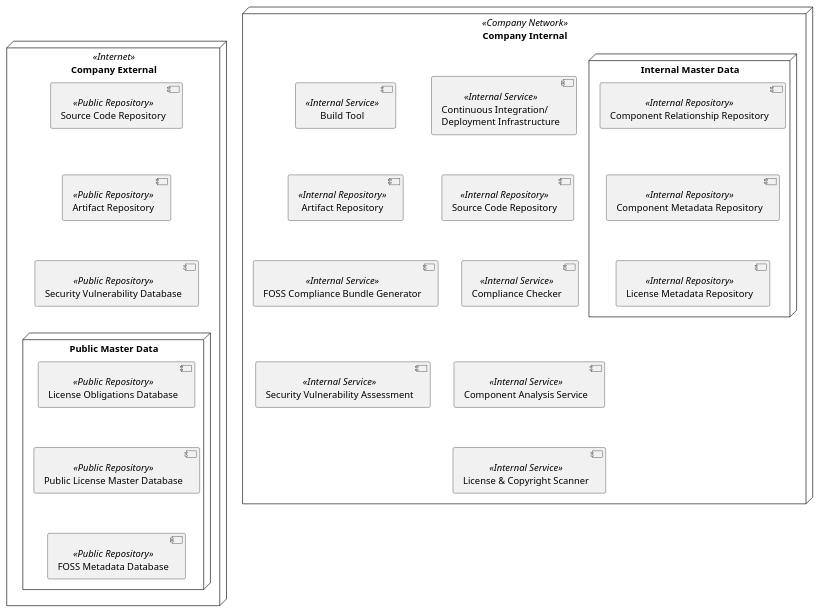
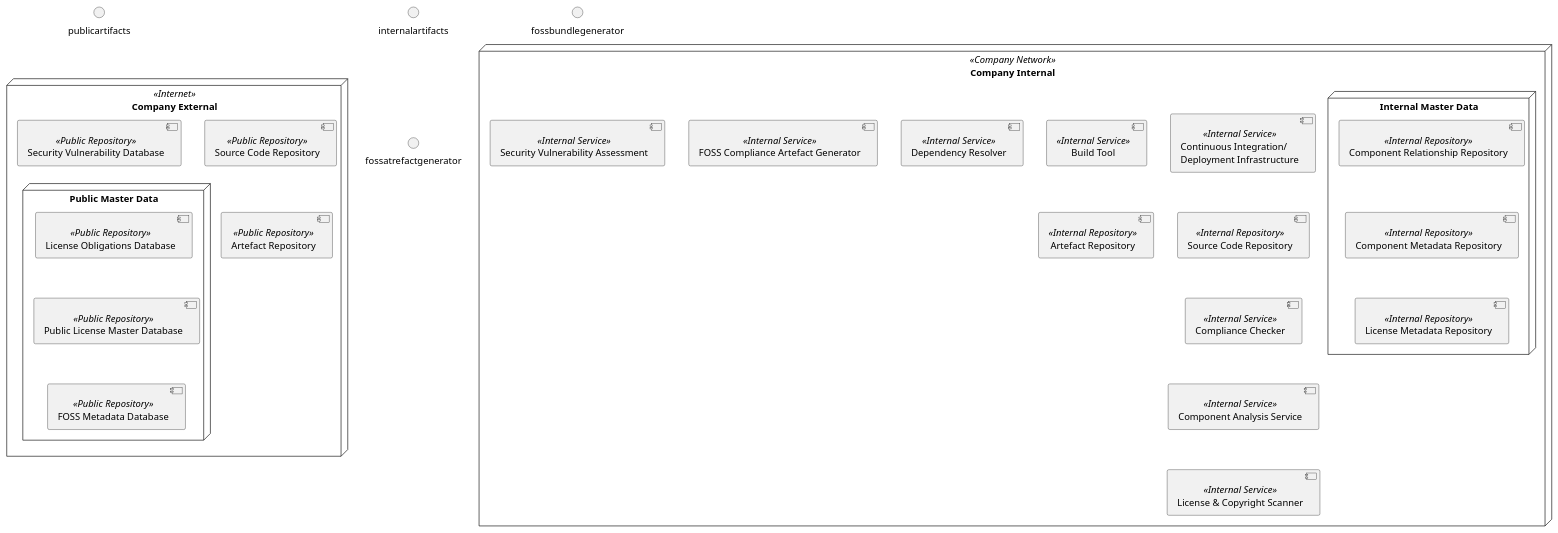
One commit to Open-Source-Compliance/Sharing-creates-value changed the diagram in Tooling-Landscape/Unanimous-Understanding/OSS_Tooling_Landscape_UMLComp.plantuml. Above: the diagram before and after it, drawn with PlantUML.

Commit message:
Added dependency resolver. Smaller adjustments for consistency

```diff
--- a/Tooling-Landscape/Unanimous-Understanding/OSS_Tooling_Landscape_UMLComp.plantuml
+++ b/Tooling-Landscape/Unanimous-Understanding/OSS_Tooling_Landscape_UMLComp.plantuml
@@ -1,94 +1,96 @@
 @startuml
 
 '
 ' SPDX-License-Identifier: CC-BY-SA-4.0
 '
 ' Showing the tooling landscape as UML deployement diagram
 ' This is meant to be a big picture, not listing all details
 '
 
 '
 ' Elements: What is public in the Internet
 '
 
 skinparam componentStyle uml2
 
 node "Company External" <<Internet>> {
 
     component [Source Code Repository] as publicsource <<Public Repository>> 
 
-    component [Artifact Repository] as publicartifacts <<Public Repository>>
+    component [Artefact Repository] as publicartefacts <<Public Repository>>
 
     component [Security Vulnerability Database] as publicvulnerabilities <<Public Repository>> 
 
     node "Public Master Data" {
 
         component [License Obligations Database] as publicobligations <<Public Repository>> 
 
         component [Public License Master Database] as publiclicenses <<Public Repository>> 
 
         component [FOSS Metadata Database] as publicmetadata <<Public Repository>> 
 
     }
 
 }
 
 '
 ' Elements: What is inside organisation or comapny
 '
 
 node "Company Internal" <<Company Network>> {
 
     component [Continuous Integration/\nDeployment Infrastructure] as cicd <<Internal Service>>
 
     component [Build Tool] as buildsystem <<Internal Service>>
 
     component [Source Code Repository] as internalsource <<Internal Repository>> 
 
-    component [Artifact Repository] as internalartifacts <<Internal Repository>> 
+    component [Artefact Repository] as internalartefacts <<Internal Repository>> 
 
     component [Compliance Checker] as compliancechecker <<Internal Service>>
 
-    component [FOSS Compliance Bundle Generator] as fossbundlegenerator <<Internal Service>>
+    component [Dependency Resolver] as dependencyresolver <<Internal Service>>
+
+    component [FOSS Compliance Artefact Generator] as fossartefactgenerator <<Internal Service>>
 
     component [Component Analysis Service] as componentanalysis <<Internal Service>>
 
     component [License & Copyright Scanner] as licensescanner <<Internal Service>>
 
     component [Security Vulnerability Assessment] as securityassessment <<Internal Service>>
 
     node "Internal Master Data" {
 
         component [Component Relationship Repository] as componentrelationships <<Internal Repository>>
 
         component [Component Metadata Repository] as componentmetadata <<Internal Repository>> 
 
         component [License Metadata Repository] as licenses <<Internal Repository>> 
 
     }
 
 }
 
 ' 
 ' hidden relations to force layout ...
 ' 
 
-publicsource -[hidden]-> publicartifacts
+publicsource -[hidden]-> publicartefacts
 publicartifacts -[hidden]-> publicvulnerabilities
 publicvulnerabilities -[hidden]-> publicobligations
 
 publicobligations -[hidden]-> publiclicenses
 publiclicenses -[hidden]-> publicmetadata
 
 cicd -[hidden]-> internalsource
-buildsystem -[hidden]-> internalartifacts
+buildsystem -[hidden]-> internalartefacts
 internalsource -[hidden]-> compliancechecker
-internalartifacts -[hidden]-> fossbundlegenerator
+internalartifacts -[hidden]-> fossatrefactgenerator
 compliancechecker -[hidden]-> componentanalysis
 fossbundlegenerator -[hidden]-> securityassessment
 componentanalysis -[hidden]-> licensescanner
 
 componentrelationships -[hidden]-> componentmetadata
 componentmetadata -[hidden]-> licenses
 
 @enduml
```
